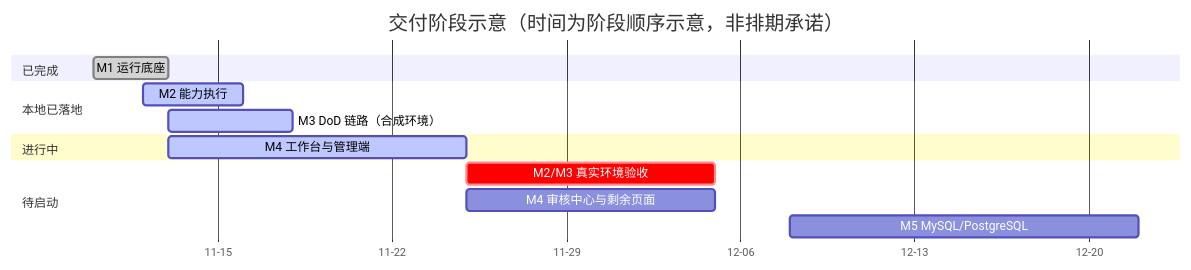
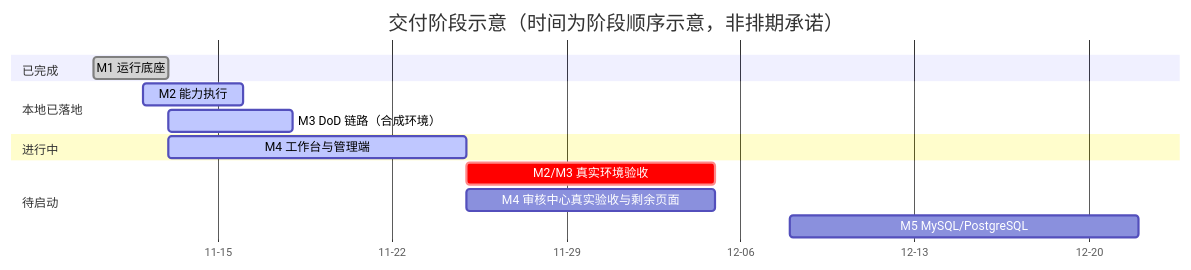
Before and after one commit to wxquare/workbench: diagram 15 of 16 in docs/01-product.md, drawn with Mermaid. The commit also changed other lines of this file and 21 other files, not shown here.

````diff
--- a/docs/01-product.md
+++ b/docs/01-product.md
@@ -751,17 +751,17 @@
 ```mermaid
 gantt
     title 交付阶段示意（时间为阶段顺序示意，非排期承诺）
     dateFormat YYYY-MM-DD
     axisFormat %m-%d
     section 已完成
     M1 运行底座 :done, m1, 2026-11-10, 3d
     section 本地已落地
     M2 能力执行 :active, m2, 2026-11-12, 4d
     M3 DoD 链路（合成环境） :active, m3, 2026-11-13, 5d
     section 进行中
     M4 工作台与管理端 :active, m4, 2026-11-13, 12d
     section 待启动
     M2/M3 真实环境验收 :crit, v1, 2026-11-25, 10d
-    M4 审核中心与剩余页面 :m4b, 2026-11-25, 10d
+    M4 审核中心真实验收与剩余页面 :m4b, 2026-11-25, 10d
     M5 MySQL/PostgreSQL :m5, 2026-12-08, 14d
 ```
````
